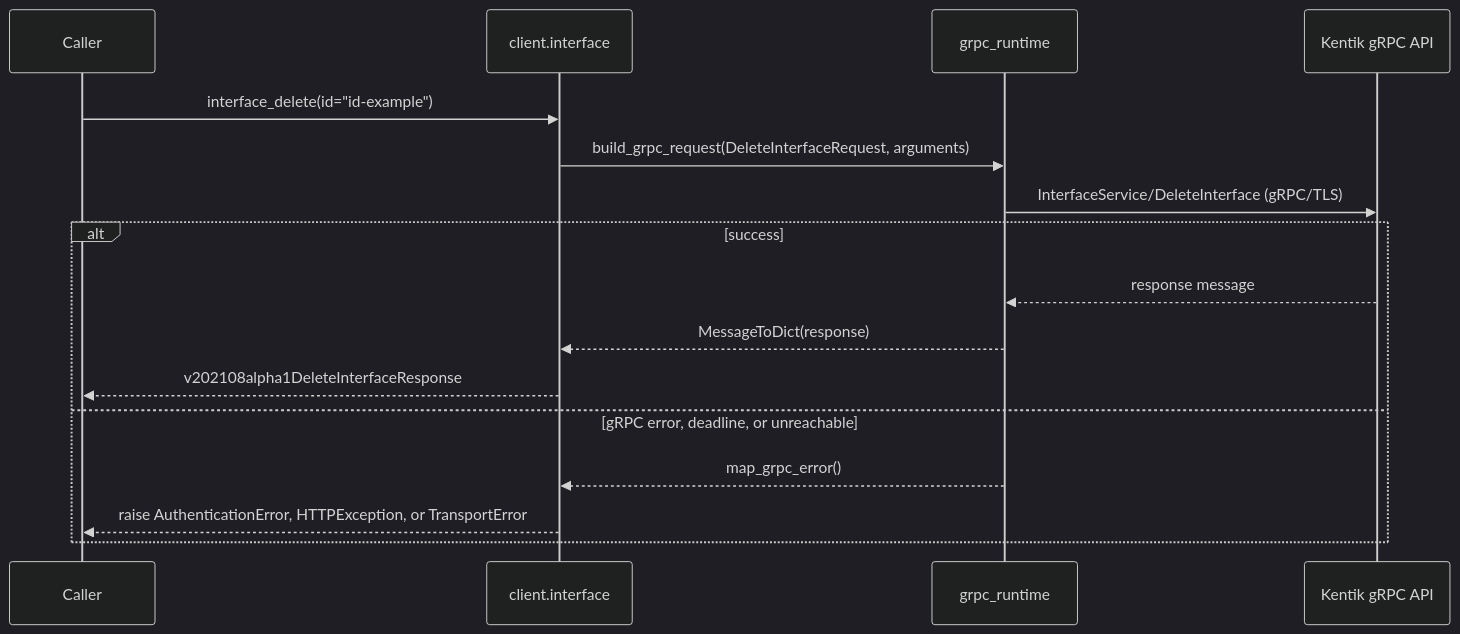
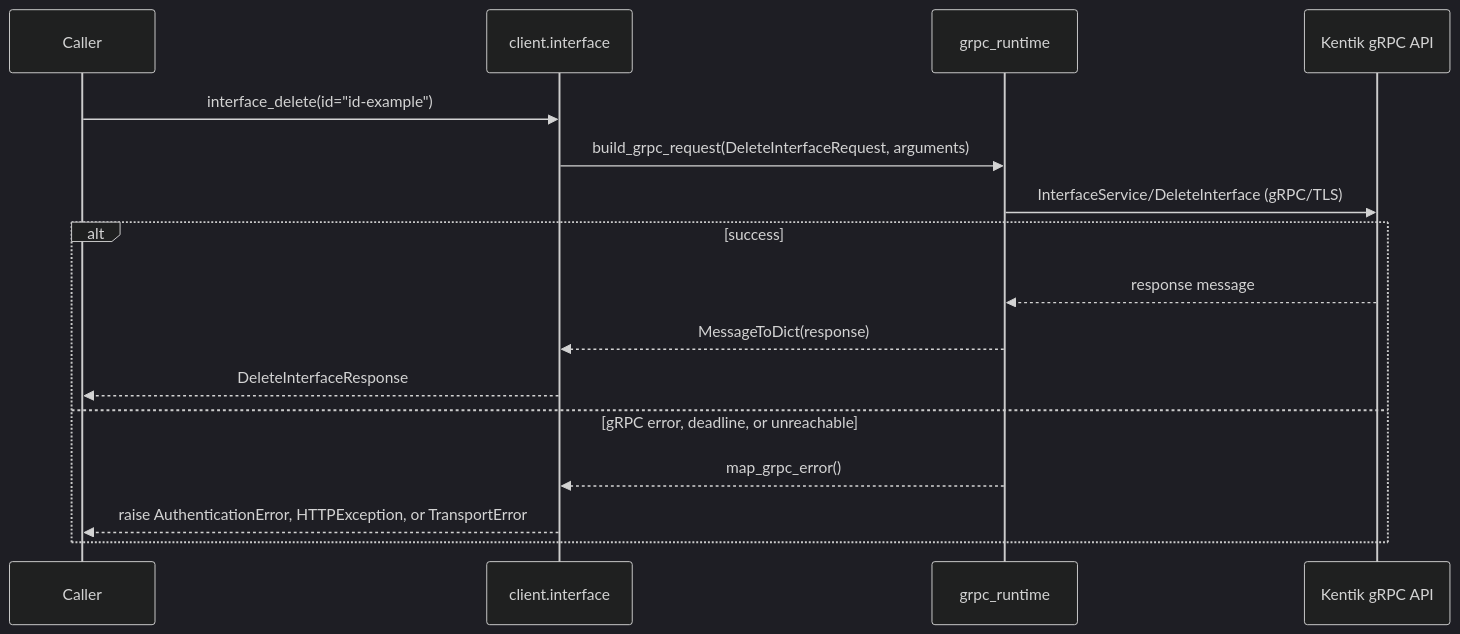
Before and after one commit to alexdearaujo/community_sdk_python: diagram 11 of 14 in docs/sphinx/services/interface.md, drawn with Mermaid (dark theme). The commit also changed other lines of this file and 38 other files, not shown here.

````diff
--- a/docs/sphinx/services/interface.md
+++ b/docs/sphinx/services/interface.md
@@ -369,19 +369,19 @@
 ```mermaid
 sequenceDiagram
     participant C as Caller
     participant W as client.interface
     participant R as grpc_runtime
     participant API as Kentik gRPC API
 
     C->>W: interface_delete(id="id-example")
     W->>R: build_grpc_request(DeleteInterfaceRequest, arguments)
     R->>API: InterfaceService/DeleteInterface (gRPC/TLS)
     alt success
         API-->>R: response message
         R-->>W: MessageToDict(response)
-        W-->>C: v202108alpha1DeleteInterfaceResponse
+        W-->>C: DeleteInterfaceResponse
     else gRPC error, deadline, or unreachable
         R-->>W: map_grpc_error()
         W-->>C: raise AuthenticationError, HTTPException, or TransportError
     end
 ```
````
